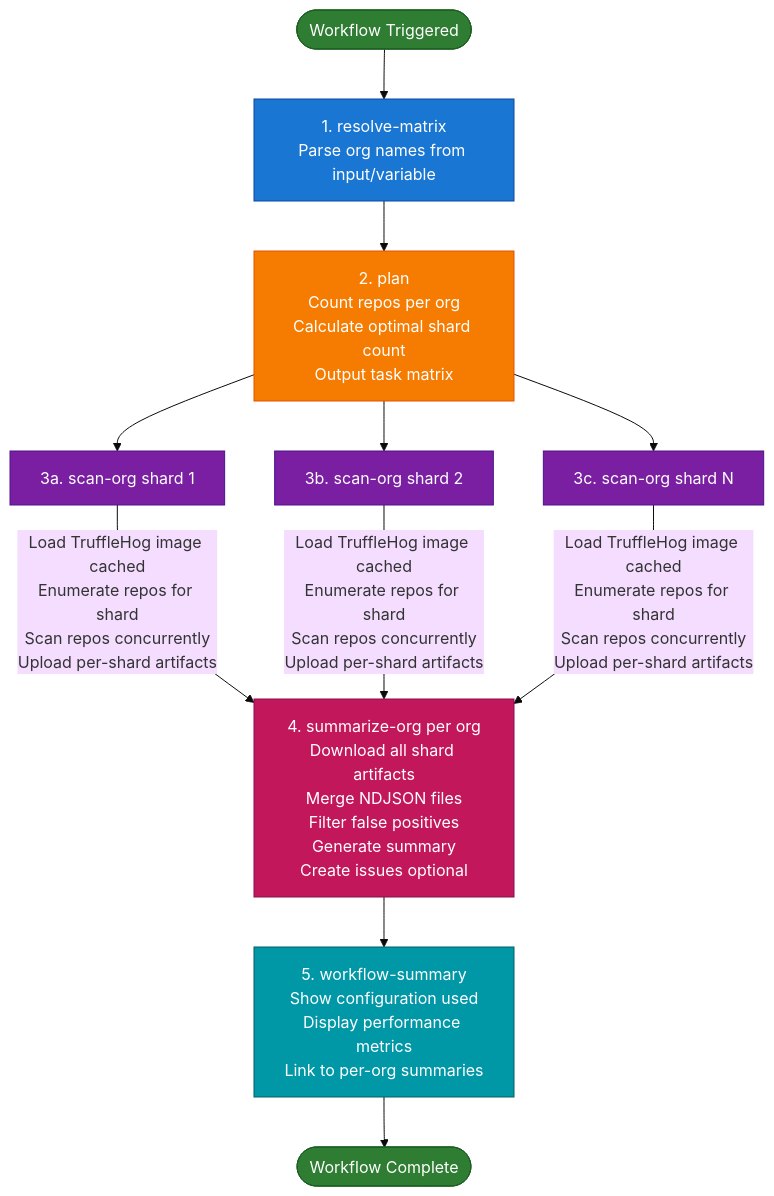
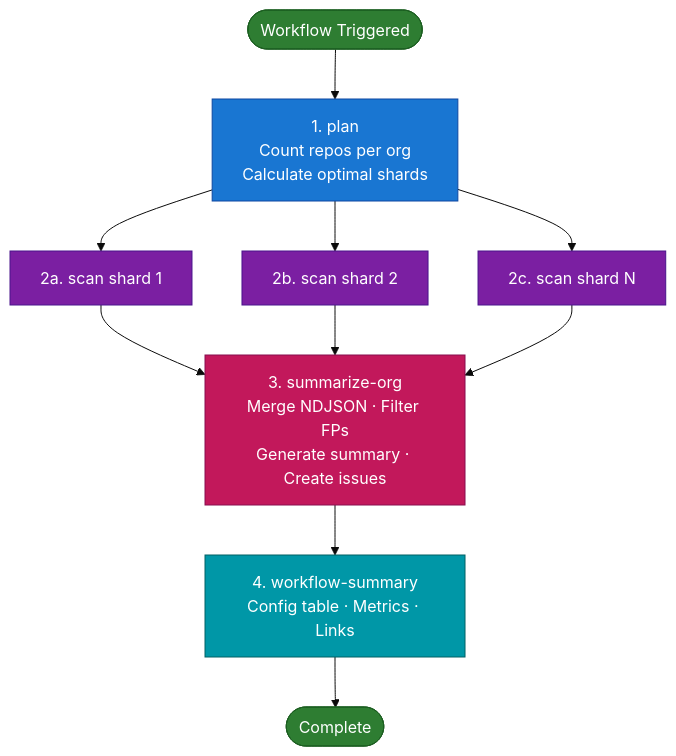
Before and after one commit to SpootyMcSpoot/trufflehogz: the diagram in README.md, drawn with Mermaid (base theme). The commit also changed other lines of this file and 15 other files, not shown here.

````diff
--- a/README.md
+++ b/README.md
@@ -151,30 +62,21 @@
 ```mermaid
 flowchart TD
-    Start([Workflow Triggered]) --> ResolveMatrix[1. resolve-matrix<br/>Parse org names from input/variable]
-
-    ResolveMatrix --> Plan[2. plan<br/>Count repos per org<br/>Calculate optimal shard count<br/>Output task matrix]
-
-    Plan --> ScanOrg1[3a. scan-org shard 1]
-    Plan --> ScanOrg2[3b. scan-org shard 2]
-    Plan --> ScanOrg3[3c. scan-org shard N]
-
-    ScanOrg1 --> |Load TruffleHog image cached<br/>Enumerate repos for shard<br/>Scan repos concurrently<br/>Upload per-shard artifacts| Summarize
-    ScanOrg2 --> |Load TruffleHog image cached<br/>Enumerate repos for shard<br/>Scan repos concurrently<br/>Upload per-shard artifacts| Summarize
-    ScanOrg3 --> |Load TruffleHog image cached<br/>Enumerate repos for shard<br/>Scan repos concurrently<br/>Upload per-shard artifacts| Summarize
-
-    Summarize[4. summarize-org per org<br/>Download all shard artifacts<br/>Merge NDJSON files<br/>Filter false positives<br/>Generate summary<br/>Create issues optional]
-
-    Summarize --> WorkflowSummary[5. workflow-summary<br/>Show configuration used<br/>Display performance metrics<br/>Link to per-org summaries]
-
-    WorkflowSummary --> End([Workflow Complete])
+    Start([Workflow Triggered]) --> Plan[1. plan<br/>Count repos per org<br/>Calculate optimal shards]
+    Plan --> S1[2a. scan shard 1]
+    Plan --> S2[2b. scan shard 2]
+    Plan --> SN[2c. scan shard N]
+    S1 --> Summarize[3. summarize-org<br/>Merge NDJSON · Filter FPs<br/>Generate summary · Create issues]
+    S2 --> Summarize
+    SN --> Summarize
+    Summarize --> WS[4. workflow-summary<br/>Config table · Metrics · Links]
+    WS --> End([Complete])
 
     style Start fill:#2e7d32,stroke:#1b5e20,color:#fff
     style End fill:#2e7d32,stroke:#1b5e20,color:#fff
-    style ResolveMatrix fill:#1976d2,stroke:#0d47a1,color:#fff
-    style Plan fill:#f57c00,stroke:#e65100,color:#fff
-    style ScanOrg1 fill:#7b1fa2,stroke:#4a148c,color:#fff
-    style ScanOrg2 fill:#7b1fa2,stroke:#4a148c,color:#fff
-    style ScanOrg3 fill:#7b1fa2,stroke:#4a148c,color:#fff
+    style Plan fill:#1976d2,stroke:#0d47a1,color:#fff
+    style S1 fill:#7b1fa2,stroke:#4a148c,color:#fff
+    style S2 fill:#7b1fa2,stroke:#4a148c,color:#fff
+    style SN fill:#7b1fa2,stroke:#4a148c,color:#fff
     style Summarize fill:#c2185b,stroke:#880e4f,color:#fff
-    style WorkflowSummary fill:#0097a7,stroke:#006064,color:#fff
+    style WS fill:#0097a7,stroke:#006064,color:#fff
 ```
````
